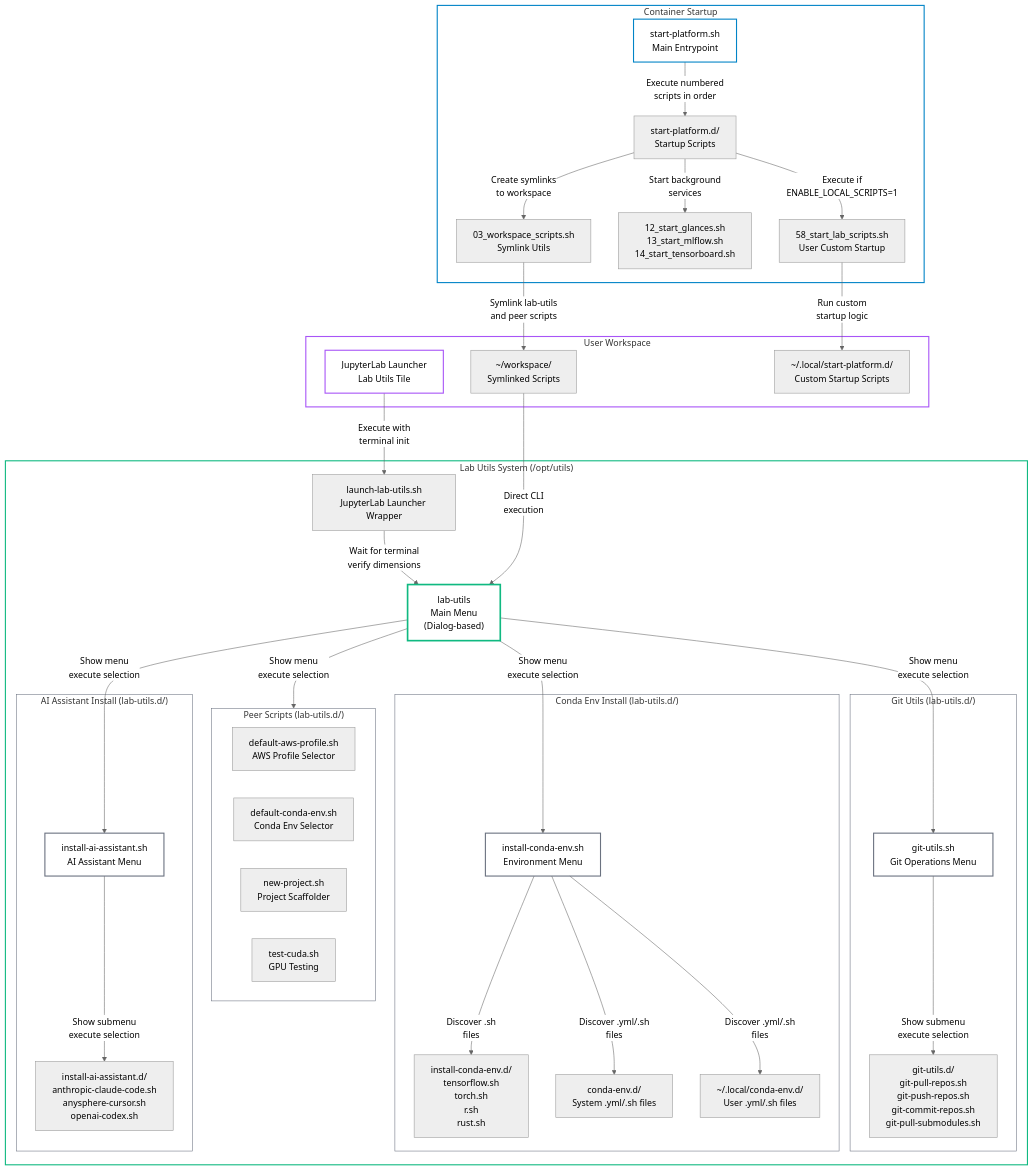
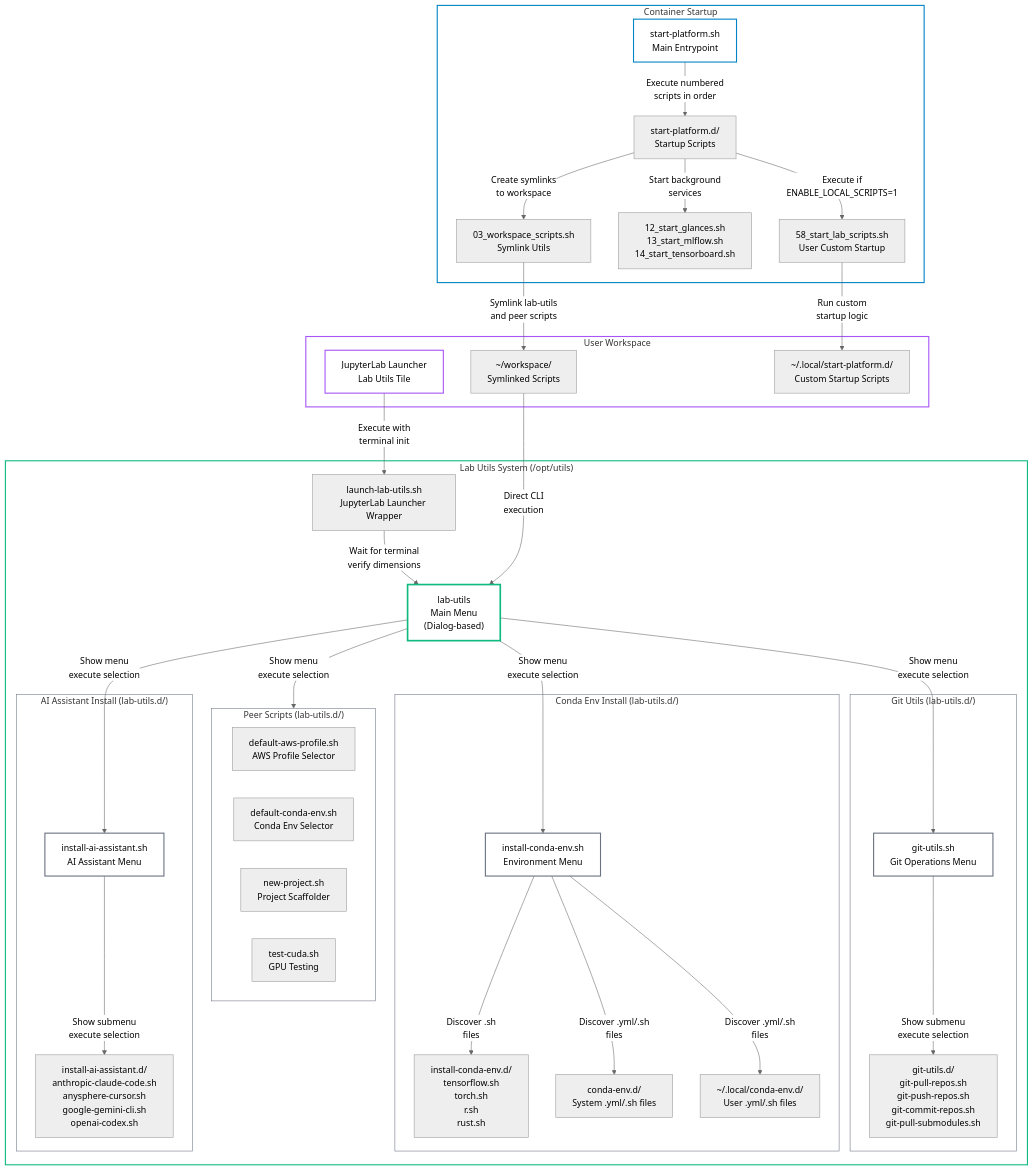
The second of 2 diagrams in README.md (stellarshenson/stellars-jupyterlab-ds), drawn with Mermaid (neutral theme) before and after one commit. The commit also changed other lines of this file and 3 other files, not shown here.

First line of the commit message:
feat: upgrade to jupyterlab 4.5.0, add google gemini cli, fix infrastructure issues

```diff
--- a/README.md
+++ b/README.md
@@ -197,7 +197,7 @@
 
         subgraph ai_menu["AI Assistant Install (lab-utils.d/)"]
             ai_runner["install-ai-assistant.sh<br/>AI Assistant Menu"]
-            ai_installers["install-ai-assistant.d/<br/>anthropic-claude-code.sh<br/>anysphere-cursor.sh<br/>openai-codex.sh"]
+            ai_installers["install-ai-assistant.d/<br/>anthropic-claude-code.sh<br/>anysphere-cursor.sh<br/>google-gemini-cli.sh<br/>openai-codex.sh"]
         end
     end
 
```
